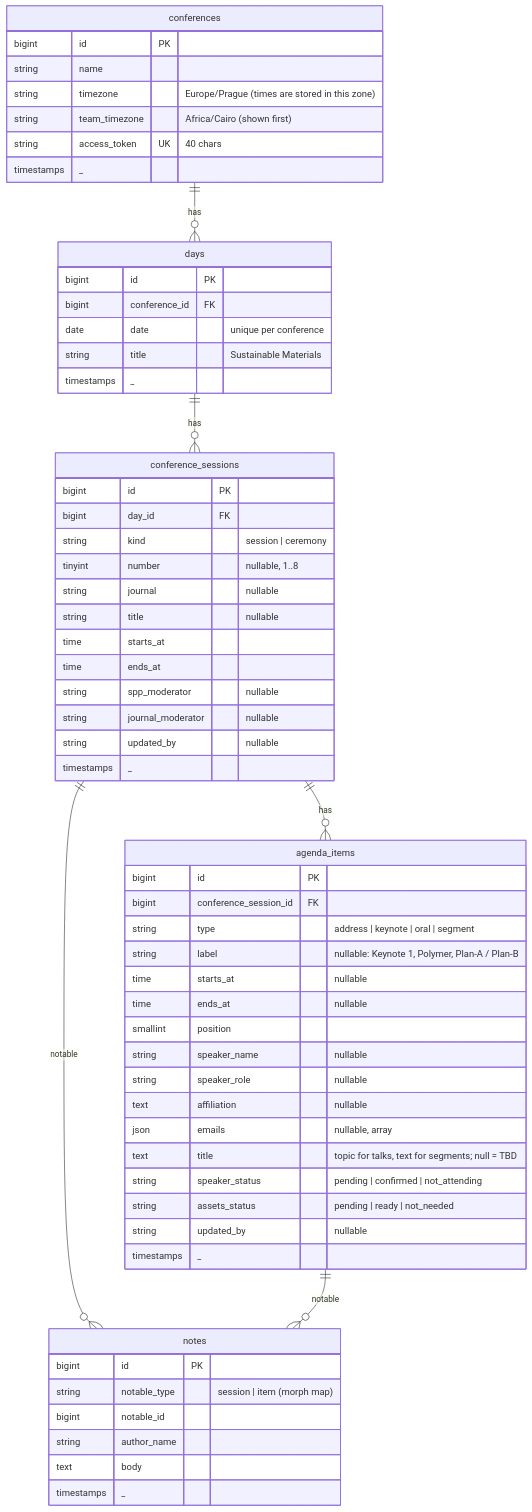
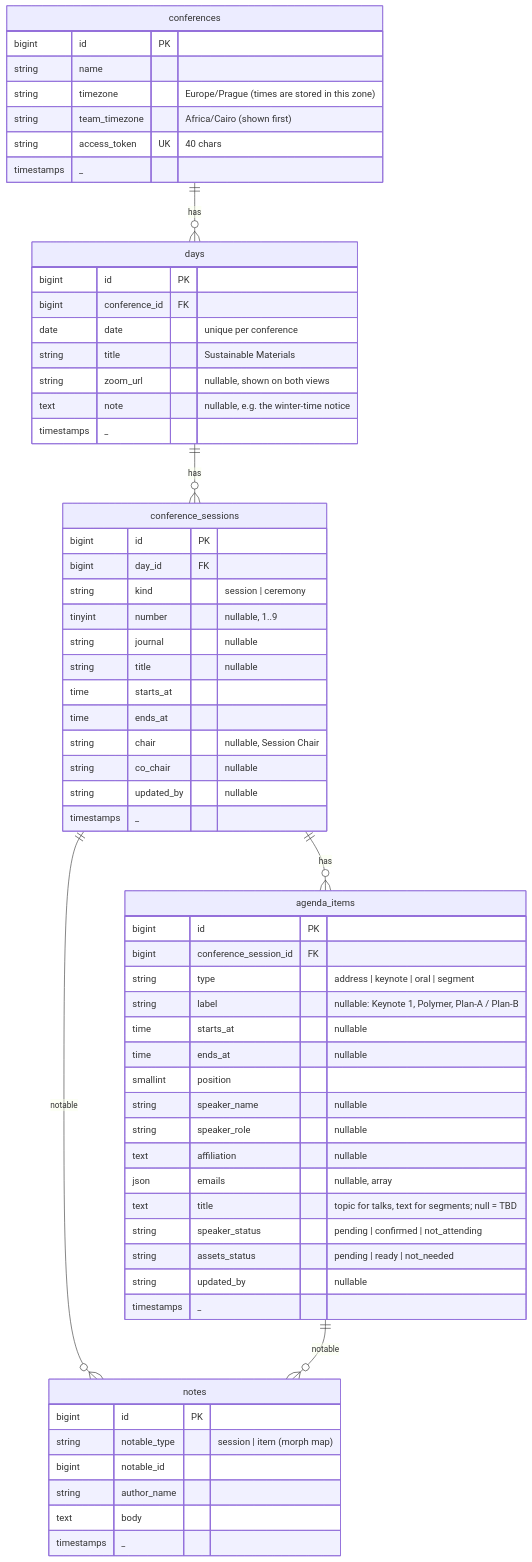
One commit to amradawii/spp-conference-manager changed the first of 2 diagrams in docs/system-design.md. Above: the diagram before and after it, drawn with Mermaid. The commit also changed other lines of this file and 35 other files, not shown here.

````diff
--- a/docs/system-design.md
+++ b/docs/system-design.md
@@ -288,64 +289,66 @@
 ```mermaid
 erDiagram
     conferences ||--o{ days : has
     days ||--o{ conference_sessions : has
     conference_sessions ||--o{ agenda_items : has
     conference_sessions ||--o{ notes : "notable"
     agenda_items ||--o{ notes : "notable"
 
     conferences {
         bigint id PK
         string name
         string timezone "Europe/Prague (times are stored in this zone)"
         string team_timezone "Africa/Cairo (shown first)"
         string access_token UK "40 chars"
         timestamps _
     }
     days {
         bigint id PK
         bigint conference_id FK
         date date "unique per conference"
         string title "Sustainable Materials"
+        string zoom_url "nullable, shown on both views"
+        text note "nullable, e.g. the winter-time notice"
         timestamps _
     }
     conference_sessions {
         bigint id PK
         bigint day_id FK
         string kind "session | ceremony"
-        tinyint number "nullable, 1..8"
+        tinyint number "nullable, 1..9"
         string journal "nullable"
         string title "nullable"
         time starts_at
         time ends_at
-        string spp_moderator "nullable"
-        string journal_moderator "nullable"
+        string chair "nullable, Session Chair"
+        string co_chair "nullable"
         string updated_by "nullable"
         timestamps _
     }
     agenda_items {
         bigint id PK
         bigint conference_session_id FK
         string type "address | keynote | oral | segment"
         string label "nullable: Keynote 1, Polymer, Plan-A / Plan-B"
         time starts_at "nullable"
         time ends_at "nullable"
         smallint position
         string speaker_name "nullable"
         string speaker_role "nullable"
         text affiliation "nullable"
         json emails "nullable, array"
         text title "topic for talks, text for segments; null = TBD"
         string speaker_status "pending | confirmed | not_attending"
         string assets_status "pending | ready | not_needed"
         string updated_by "nullable"
         timestamps _
     }
     notes {
         bigint id PK
         string notable_type "session | item (morph map)"
         bigint notable_id
         string author_name
         text body
         timestamps _
     }
 ```
````
